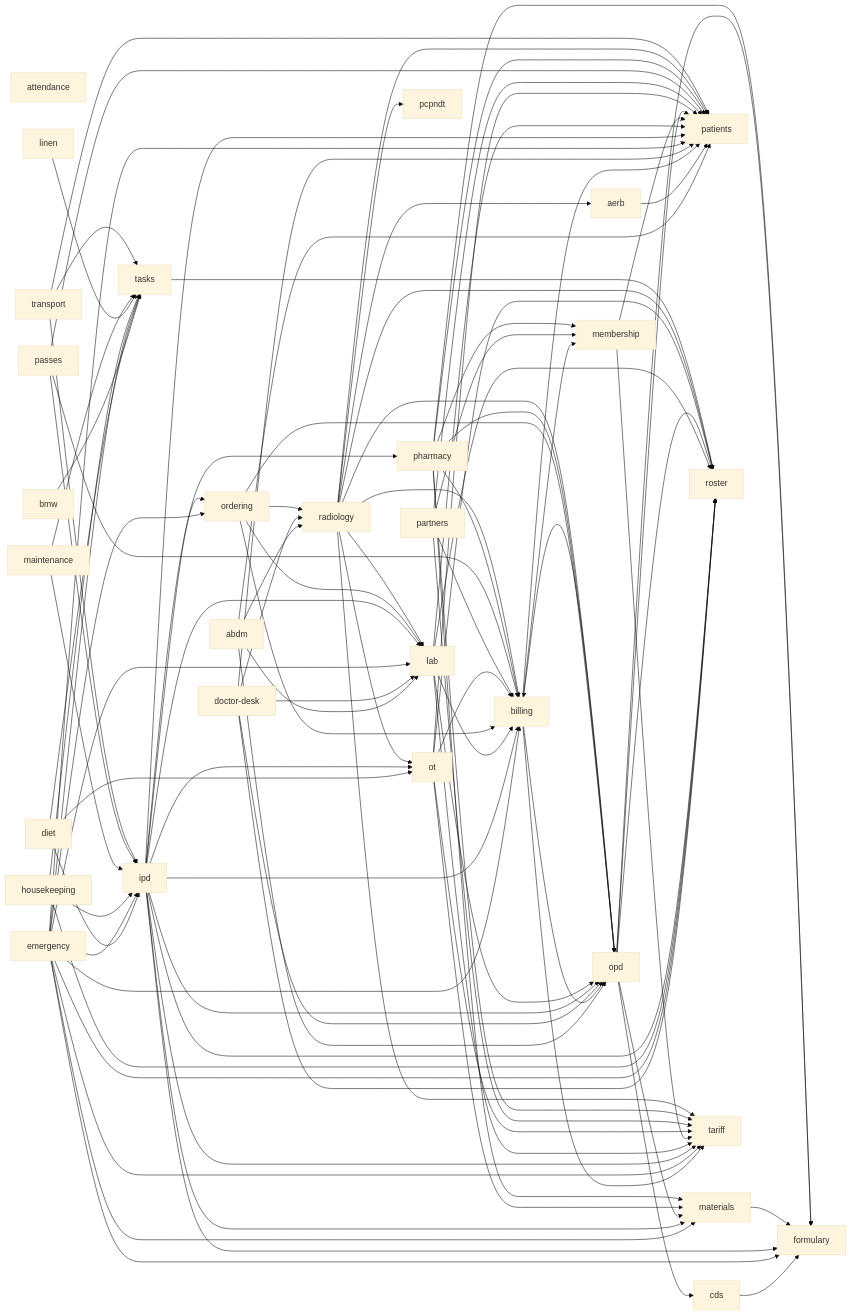
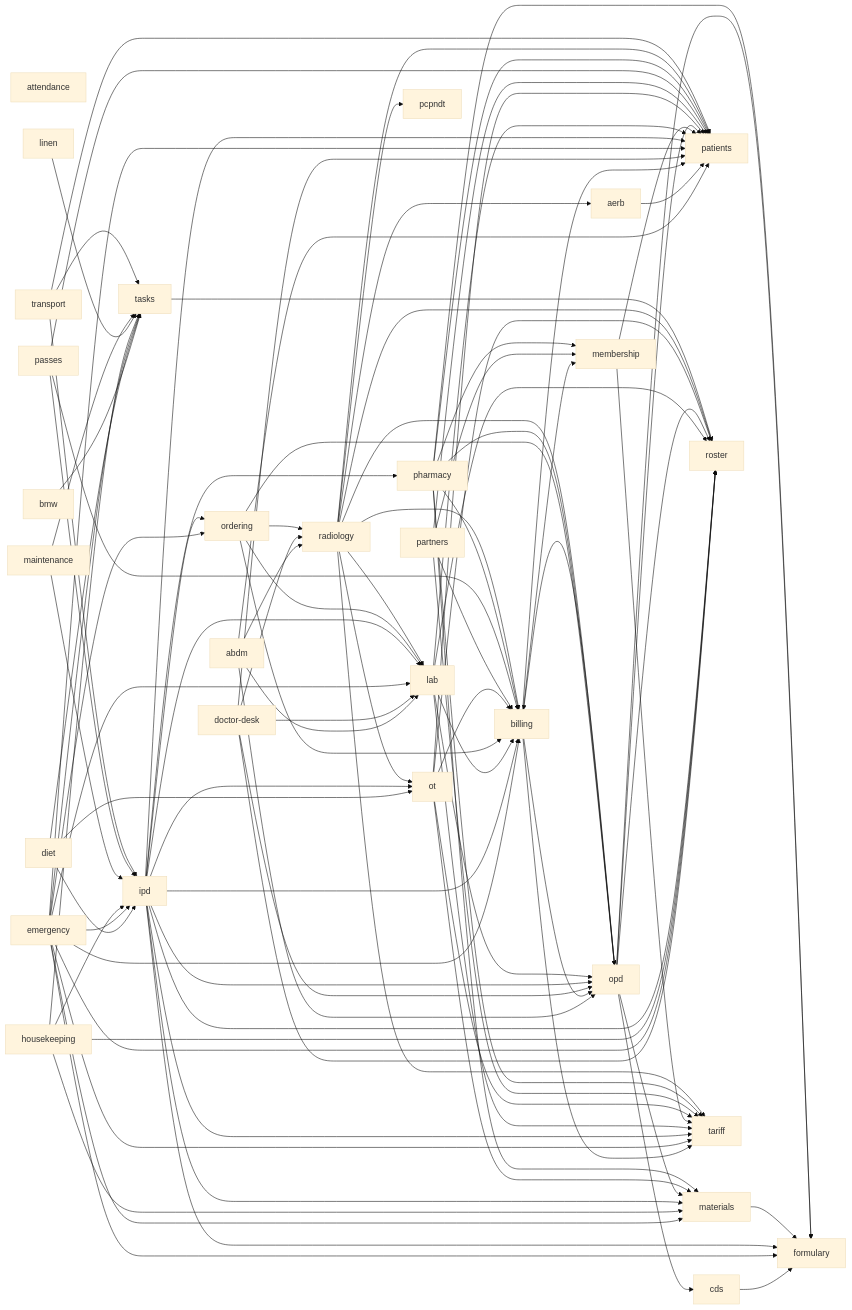
One commit to ankits3a/hims-hmis changed the second of 2 diagrams in docs/architecture/README.md. Above: the diagram before and after it, drawn with Mermaid (base theme). The commit also changed other lines of this file and 6 other files, not shown here.

First line of the commit message:
docs(housekeeping): spec #974 built — build notes; regenerated architecture map (#974)

```diff
--- a/docs/architecture/README.md
+++ b/docs/architecture/README.md
@@ -90,6 +90,7 @@
   emergency --> tariff
   emergency --> tasks
   housekeeping --> ipd
+  housekeeping --> materials
   housekeeping --> roster
   housekeeping --> tasks
   ipd --> billing
```
